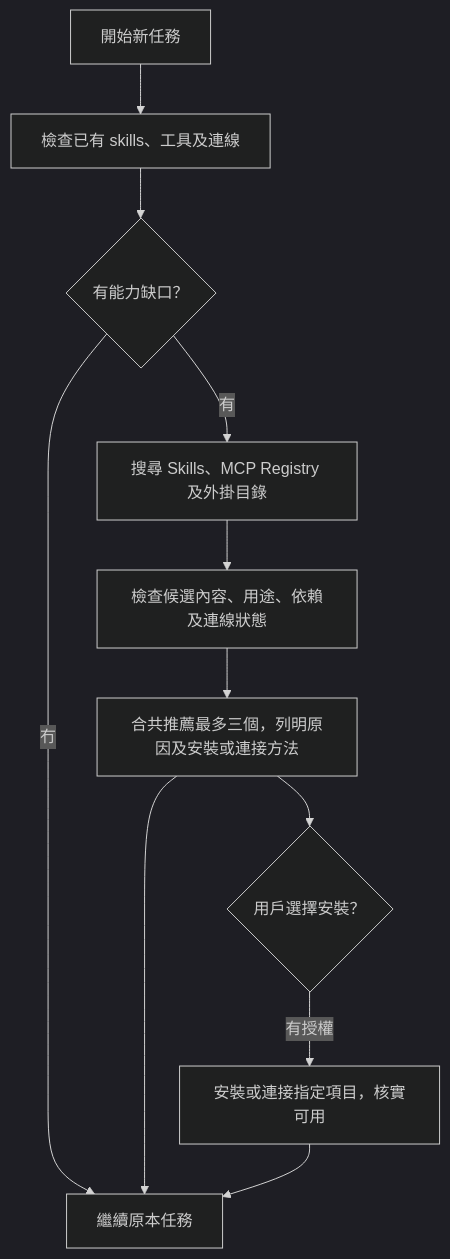
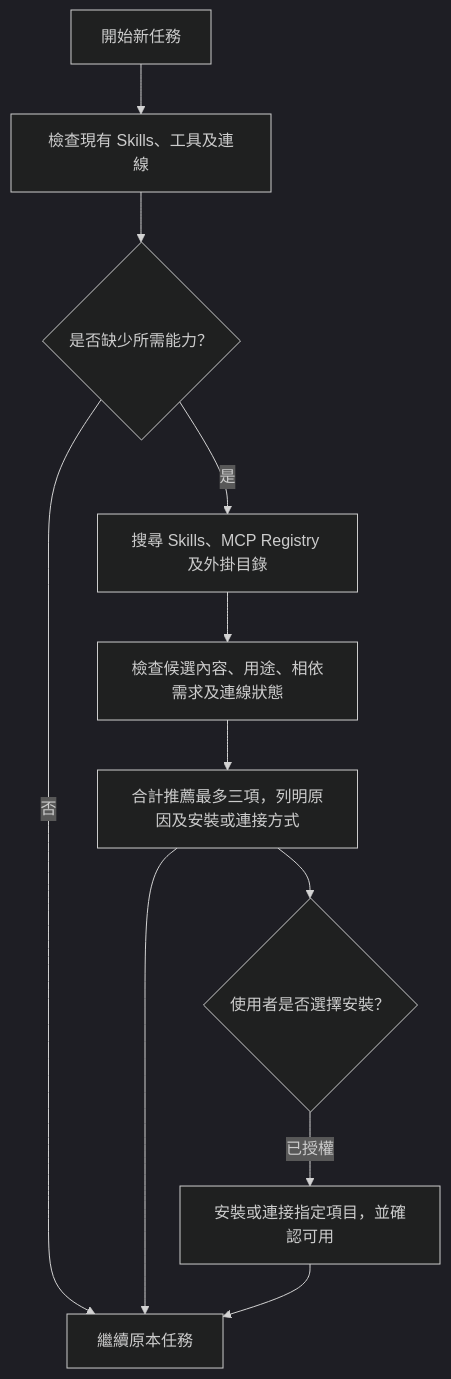
Before and after one commit to kenktchau-cmyk/skill-scout: the diagram in README.zh-TW.md, drawn with Mermaid (dark theme). The commit also changed other lines of this file, not shown here.

````diff
--- a/README.zh-TW.md
+++ b/README.zh-TW.md
@@ -19,13 +19,13 @@
 ```mermaid
 flowchart TD
-    A[開始新任務] --> B[檢查已有 skills、工具及連線]
-    B --> C{有能力缺口？}
-    C -->|冇| G[繼續原本任務]
-    C -->|有| D[搜尋 Skills、MCP Registry 及外掛目錄]
-    D --> E[檢查候選內容、用途、依賴及連線狀態]
-    E --> F[合共推薦最多三個，列明原因及安裝或連接方法]
+    A[開始新任務] --> B[檢查現有 Skills、工具及連線]
+    B --> C{是否缺少所需能力？}
+    C -->|否| G[繼續原本任務]
+    C -->|是| D[搜尋 Skills、MCP Registry 及外掛目錄]
+    D --> E[檢查候選內容、用途、相依需求及連線狀態]
+    E --> F[合計推薦最多三項，列明原因及安裝或連接方式]
     F --> G
-    F --> H{用戶選擇安裝？}
-    H -->|有授權| I[安裝或連接指定項目，核實可用]
+    F --> H{使用者是否選擇安裝？}
+    H -->|已授權| I[安裝或連接指定項目，並確認可用]
     I --> G
 ```
````
